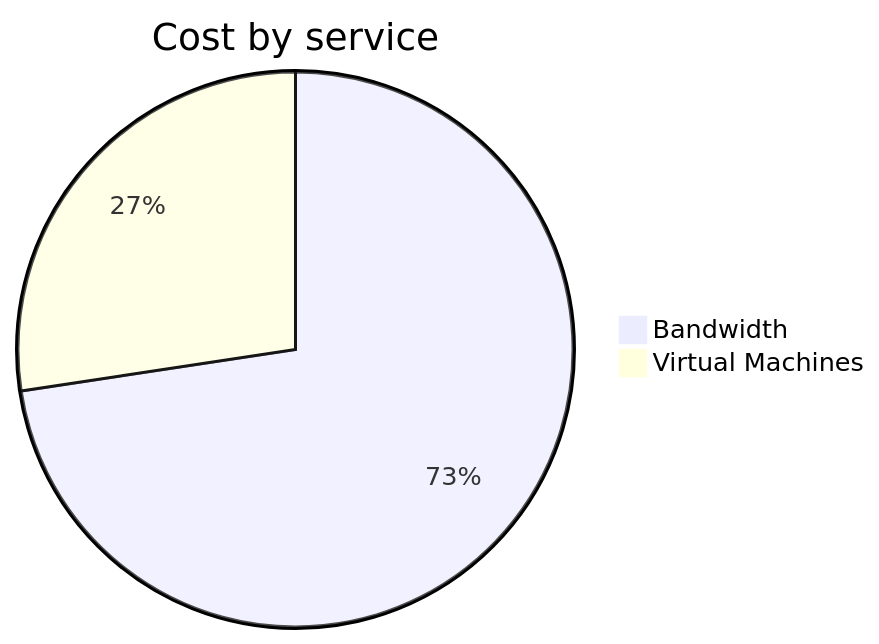
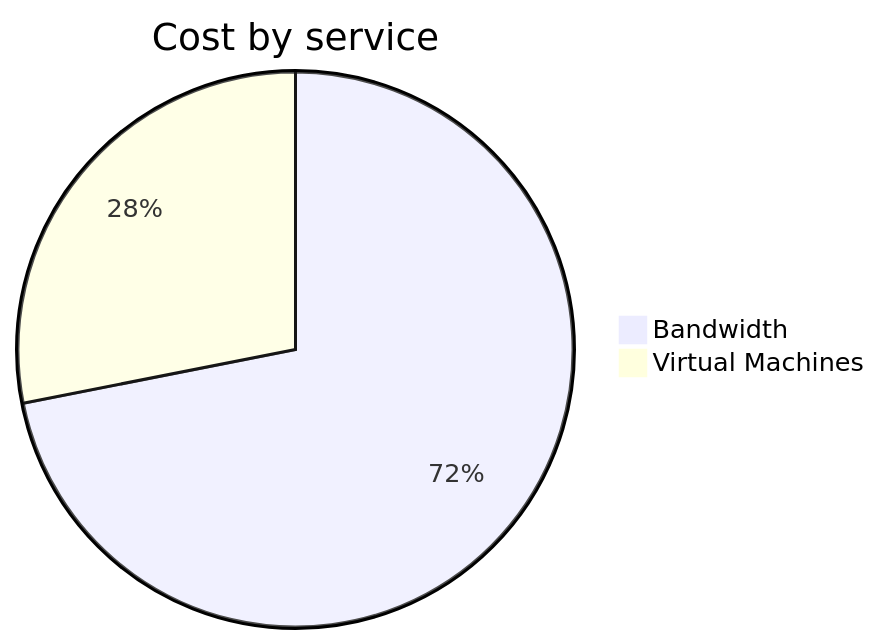
The second of 4 diagrams in cost-reports/personal-network/vpn-server.md (jpfulton/azure-personal-reports), drawn with Mermaid before and after one commit. The commit also changed other lines of this file and 8 other files, not shown here.

````diff
--- a/cost-reports/personal-network/vpn-server.md
+++ b/cost-reports/personal-network/vpn-server.md
@@ -92,6 +92,6 @@
 ```mermaid
 pie
    title Cost by service
-   "Bandwidth" : 12.22
-   "Virtual Machines" : 4.61
+   "Bandwidth" : 12.23
+   "Virtual Machines" : 4.78
 ```
````
